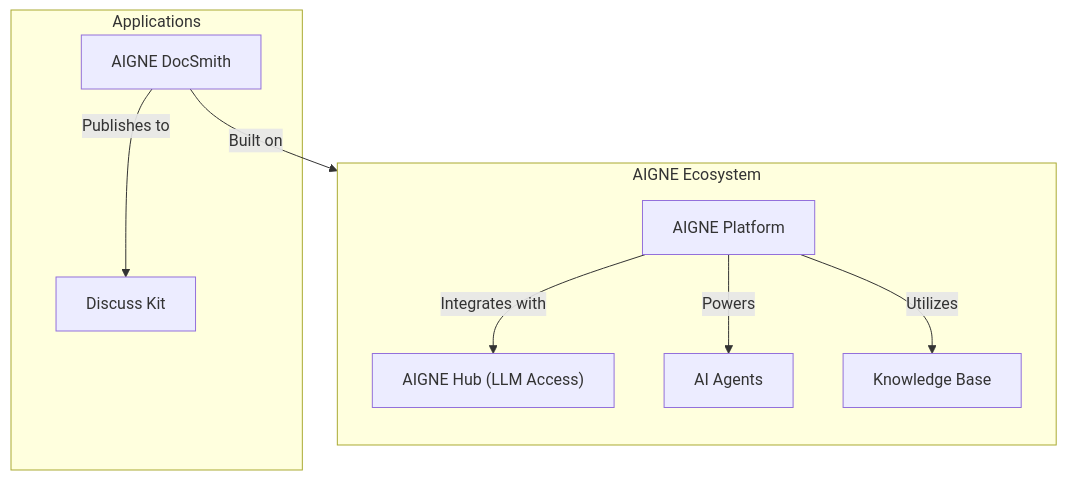
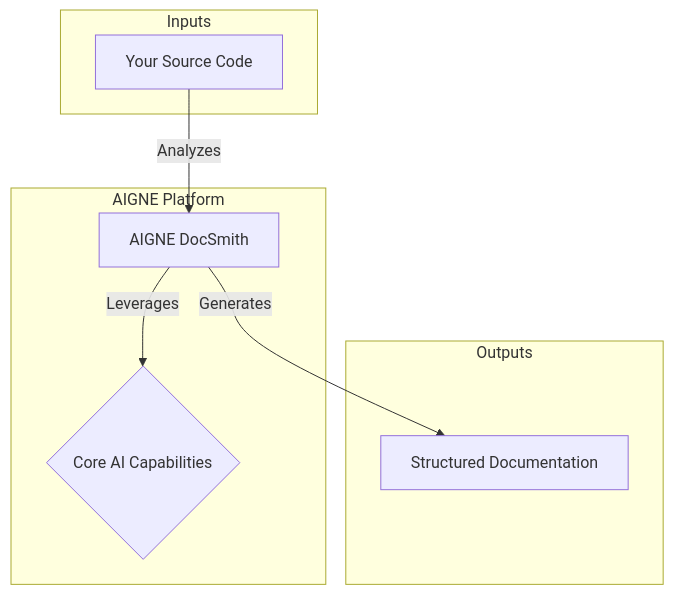
Before and after one commit to AIGNE-io/aigne-doc-smith: the diagram in docs/overview.md, drawn with Mermaid. The commit also changed other lines of this file and 19 other files, not shown here.

````diff
--- a/docs/overview.md
+++ b/docs/overview.md
@@ -27,22 +17,19 @@
 ```mermaid
-graph TD
-    subgraph "AIGNE Ecosystem"
-        direction TB
-        AIGNE_Platform["AIGNE Platform"]
-        AIGNE_Hub["AIGNE Hub (LLM Access)"]
-        AI_Agents["AI Agents"]
-        Knowledge_Base["Knowledge Base"]
-
-        AIGNE_Platform -- "Integrates with" --> AIGNE_Hub
-        AIGNE_Platform -- "Powers" --> AI_Agents
-        AIGNE_Platform -- "Utilizes" --> Knowledge_Base
+flowchart TD
+    subgraph "Inputs"
+        A["Your Source Code"]
     end
 
-    subgraph "Applications"
-        DocSmith["AIGNE DocSmith"]
-        DiscussKit["Discuss Kit"]
+    subgraph "AIGNE Platform"
+        B["AIGNE DocSmith"]
+        C{"Core AI Capabilities"}
     end
 
-    DocSmith -- "Built on" --> AIGNE_Platform
-    DocSmith -- "Publishes to" --> DiscussKit
+    subgraph "Outputs"
+        D["Structured Documentation"]
+    end
+
+    A -- "Analyzes" --> B
+    B -- "Leverages" --> C
+    B -- "Generates" --> D
 ```
````
